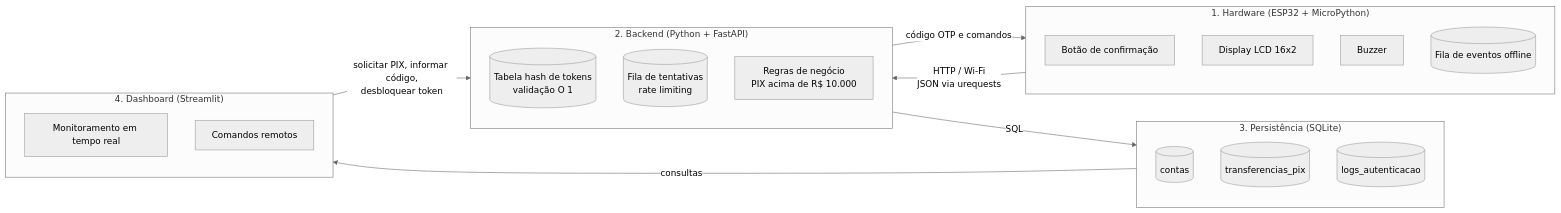
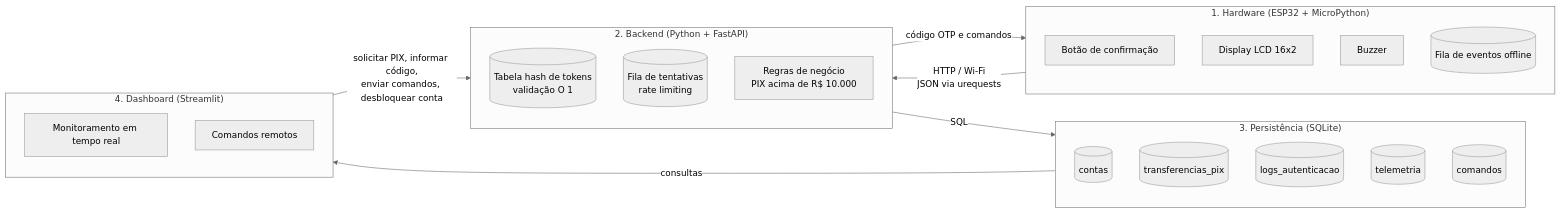
One commit to joaosouza-jota/bytebank-iot-hardware-key changed the first of 3 diagrams in README.md. Above: the diagram before and after it, drawn with Mermaid (neutral theme). The commit also changed other lines of this file, not shown here.

Commit message:
Documenta API, banco, dashboard e testes das Entregas 3 e 4

````diff
--- a/README.md
+++ b/README.md
@@ -25,32 +28,34 @@
 ```mermaid
 flowchart LR
     subgraph EDGE["1. Hardware (ESP32 + MicroPython)"]
         BTN[Botão de confirmação]
         LCD[Display LCD 16x2]
         BZ[Buzzer]
         FILA_LOCAL[(Fila de eventos offline)]
     end
 
     subgraph API["2. Backend (Python + FastAPI)"]
         HASH[(Tabela hash de tokens<br/>validação O 1)]
         TENT[(Fila de tentativas<br/>rate limiting)]
         REGRAS[Regras de negócio<br/>PIX acima de R$ 10.000]
     end
 
     subgraph BD["3. Persistência (SQLite)"]
         CONTAS[(contas)]
         PIX[(transferencias_pix)]
         LOGS[(logs_autenticacao)]
+        TELEM[(telemetria)]
+        COMANDOS[(comandos)]
     end
 
     subgraph DASH["4. Dashboard (Streamlit)"]
         PAINEL[Monitoramento em tempo real]
         CMD[Comandos remotos]
     end
 
     EDGE -- "HTTP / Wi-Fi<br/>JSON via urequests" --> API
     API -- "código OTP e comandos" --> EDGE
     API -- "SQL" --> BD
     BD -- "consultas" --> DASH
-    DASH -- "solicitar PIX, informar código,<br/>desbloquear token" --> API
+    DASH -- "solicitar PIX, informar código,<br/>enviar comandos, desbloquear conta" --> API
 ```
````
